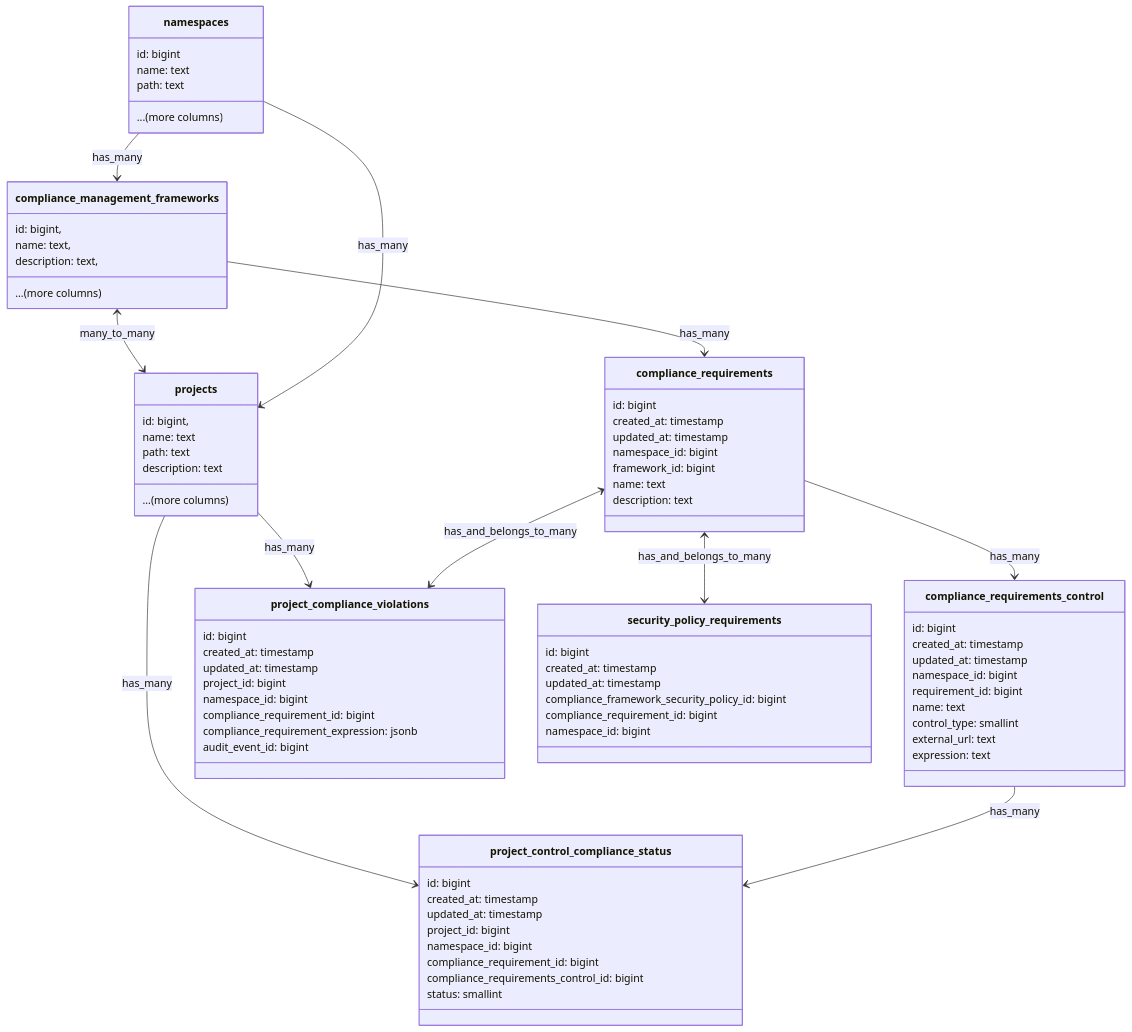
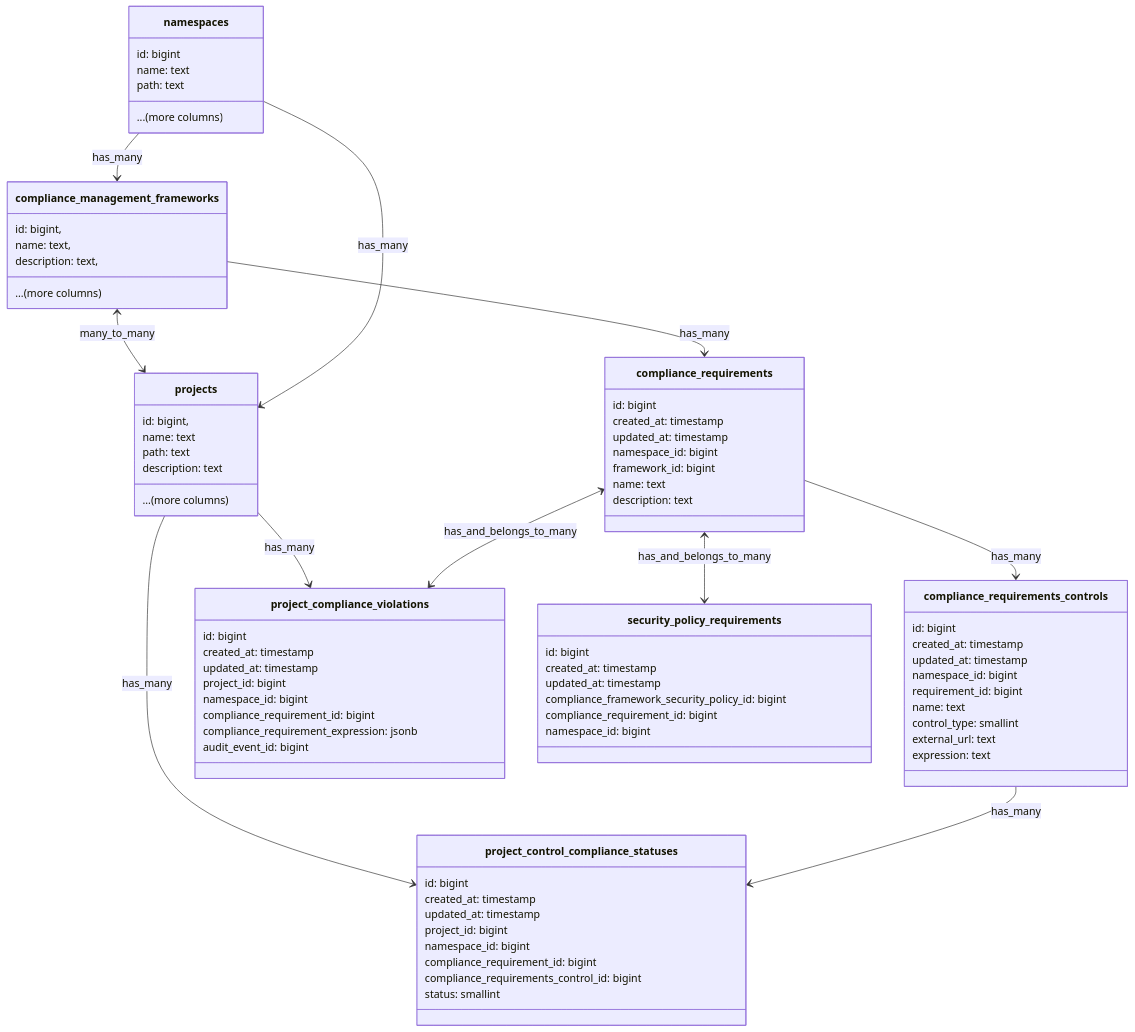
The first of 4 diagrams in content/handbook/engineering/architecture/design-documents/compliance-adherence-reporting/_index.md (zalyoung/gitlab-handbook), drawn with Mermaid before and after one commit. The commit also changed other lines of this file and 1 other file, not shown here.

Commit message:
Update ADR 006 for storing compliance controls in separate table

````diff
--- a/content/handbook/engineering/architecture/design-documents/compliance-adherence-reporting/_index.md
+++ b/content/handbook/engineering/architecture/design-documents/compliance-adherence-reporting/_index.md
@@ -189,7 +189,7 @@
         description: text
     }
 
-    class compliance_requirements_control {
+    class compliance_requirements_controls {
         id: bigint
         created_at: timestamp
         updated_at: timestamp
@@ -201,7 +201,7 @@
         expression: text
     }
 
-    class project_control_compliance_status {
+    class project_control_compliance_statuses {
         id: bigint
         created_at: timestamp
         updated_at: timestamp
@@ -235,11 +235,11 @@
     compliance_management_frameworks --> compliance_requirements : has_many
     compliance_management_frameworks <--> projects : many_to_many
     compliance_requirements <--> security_policy_requirements : has_and_belongs_to_many
-    compliance_requirements --> compliance_requirements_control : has_many
+    compliance_requirements --> compliance_requirements_controls : has_many
     projects <-- namespaces : has_many
     namespaces --> compliance_management_frameworks : has_many
-    projects --> project_control_compliance_status : has_many
+    projects --> project_control_compliance_statuses : has_many
     projects --> project_compliance_violations : has_many
-    compliance_requirements_control --> project_control_compliance_status : has_many
+    compliance_requirements_controls --> project_control_compliance_statuses : has_many
     compliance_requirements <--> project_compliance_violations : has_and_belongs_to_many
 ```
````
